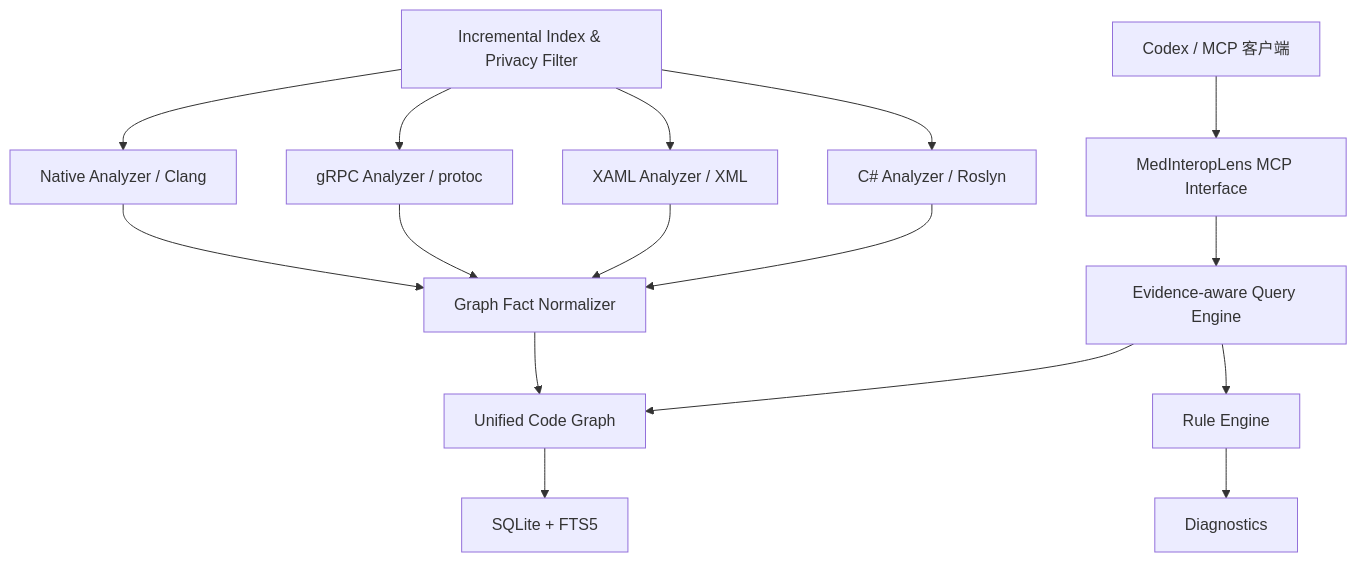
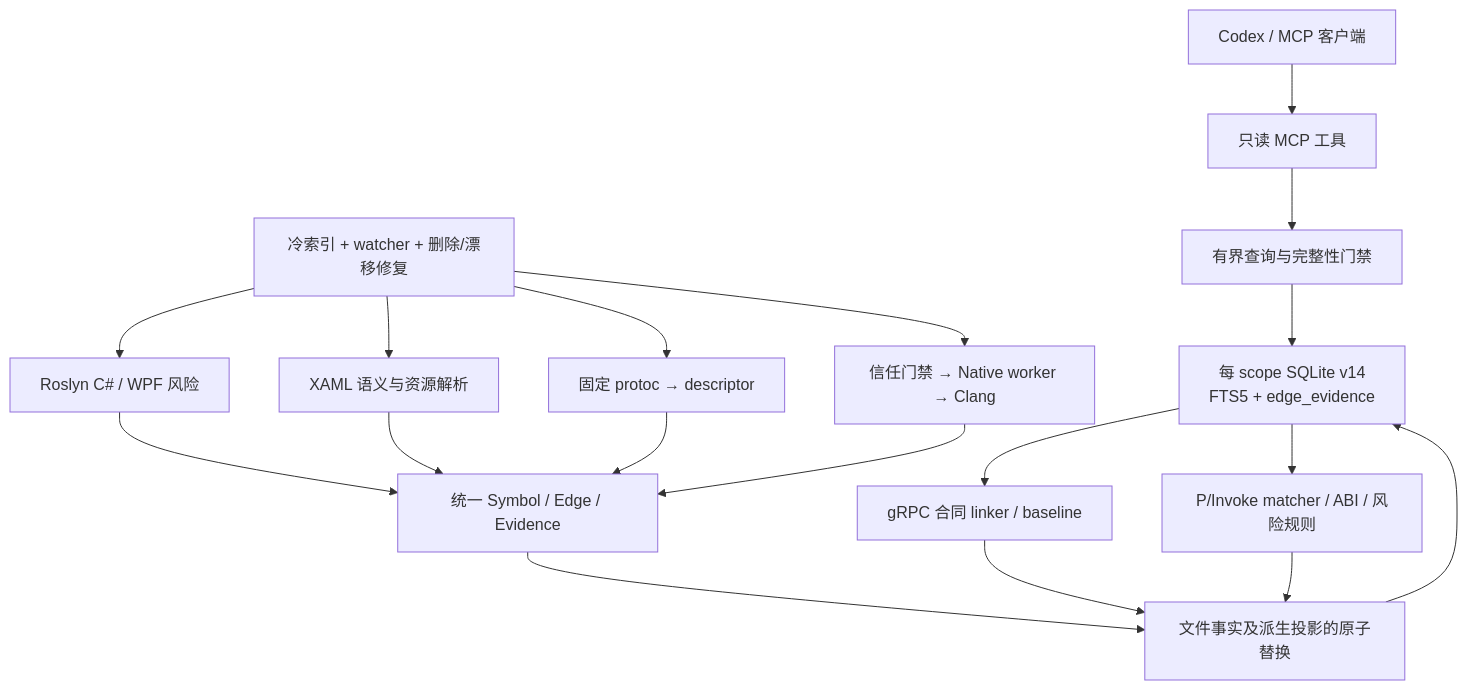
The diagram in architecture.md (kkk855903-afk/DevBitsLab.Mcp.SourceGraph), drawn with Mermaid before and after one commit. The commit also changed other lines of this file and 4 other files, not shown here.

Commit message:
docs: describe implemented MedInterop architecture

````diff
--- a/architecture.md
+++ b/architecture.md
@@ -60,20 +14,22 @@
 ```mermaid
 flowchart TB
-    Client["Codex / MCP 客户端"] --> MCP["MedInteropLens MCP Interface"]
-    MCP --> Query["Evidence-aware Query Engine"]
-    Query --> Graph["Unified Code Graph"]
-    Query --> Rules["Rule Engine"]
-    Rules --> Diagnostics["Diagnostics"]
+    Client["Codex / MCP 客户端"] --> Tools["只读 MCP 工具"]
+    Tools --> Query["有界查询与完整性门禁"]
+    Query --> Store["每 scope SQLite v14<br/>FTS5 + edge_evidence"]
 
-    CSharp["C# Analyzer / Roslyn"] --> Normalize["Graph Fact Normalizer"]
-    Xaml["XAML Analyzer / XML"] --> Normalize
-    Grpc["gRPC Analyzer / protoc"] --> Normalize
-    Native["Native Analyzer / Clang"] --> Normalize
-    Normalize --> Graph
+    Roslyn["Roslyn C# / WPF 风险"] --> Normalize["统一 Symbol / Edge / Evidence"]
+    Xaml["XAML 语义与资源解析"] --> Normalize
+    Proto["固定 protoc → descriptor"] --> Normalize
+    Native["信任门禁 → Native worker → Clang"] --> Normalize
+    Normalize --> Projection["文件事实及派生投影的原子替换"]
+    Projection --> Store
 
-    Graph --> Store["SQLite + FTS5"]
-    Watcher["Incremental Index & Privacy Filter"] --> CSharp
-    Watcher --> Xaml
-    Watcher --> Grpc
-    Watcher --> Native
+    Store --> Grpc["gRPC 合同 linker / baseline"]
+    Store --> Interop["P/Invoke matcher / ABI / 风险规则"]
+    Grpc --> Projection
+    Interop --> Projection
+    Watch["冷索引 + watcher + 删除/漂移修复"] --> Roslyn
+    Watch --> Xaml
+    Watch --> Proto
+    Watch --> Native
 ```
````
